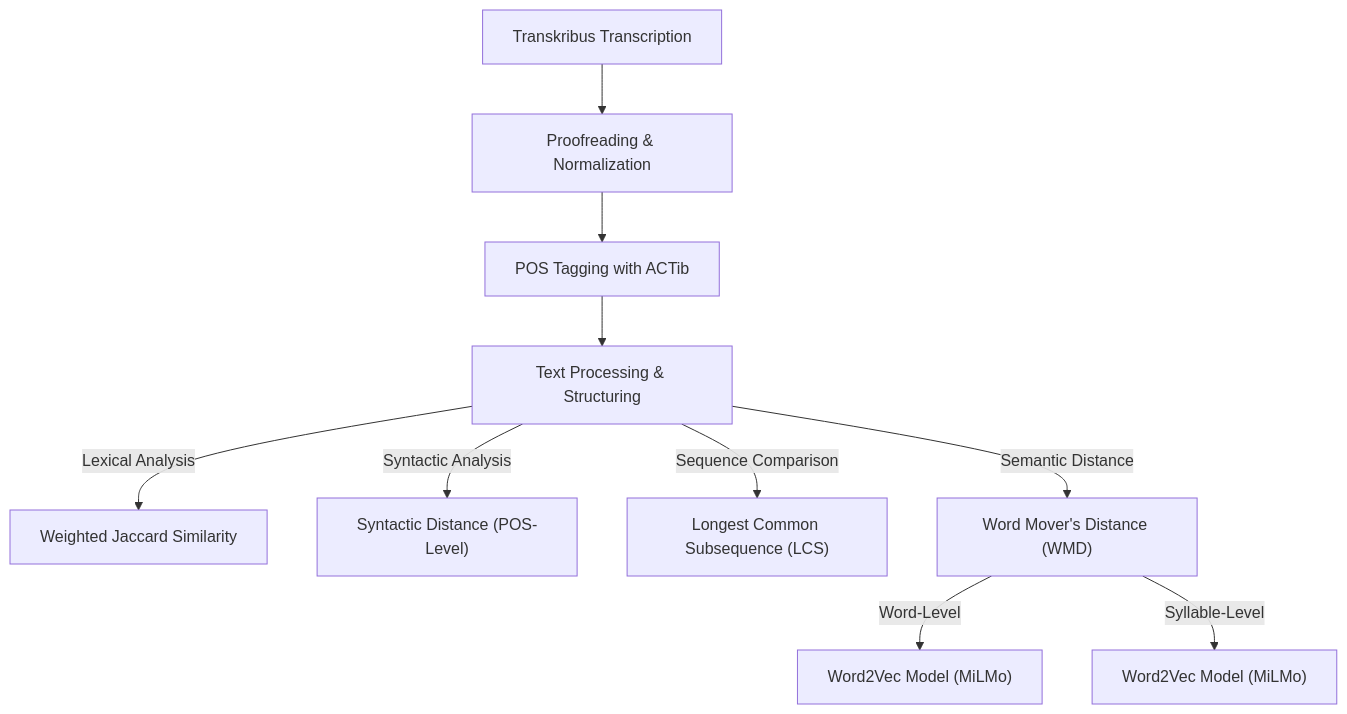
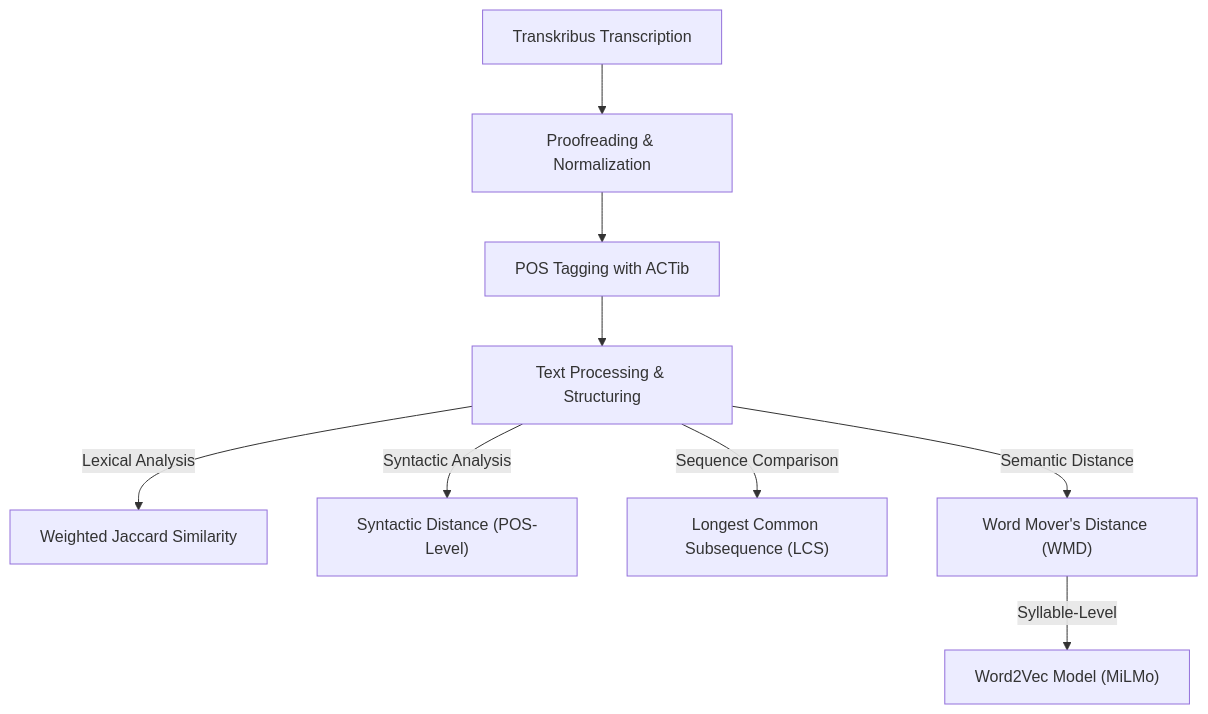
One commit to daniel-wojahn/zhal-lce changed the diagram in src/site/notes/Computational Analysis of Tibetan Legal Texts.md. Above: the diagram before and after it, drawn with Mermaid. The commit also changed other lines of this file, not shown here.

````diff
--- a/src/site/notes/Computational Analysis of Tibetan Legal Texts.md
+++ b/src/site/notes/Computational Analysis of Tibetan Legal Texts.md
@@ -75,21 +76,19 @@
 ```mermaid
 flowchart TD
 
 A["Transkribus Transcription"] --> B["Proofreading & Normalization"]
 
 B --> C["POS Tagging with ACTib"]
 
 C --> D["Text Processing & Structuring"]
 
 D -->|Lexical Analysis| E["Weighted Jaccard Similarity"]
 
 D -->|Syntactic Analysis| F["Syntactic Distance (POS-Level)"]
 
 D -->|Sequence Comparison| G["Longest Common Subsequence (LCS)"]
 
 D -->|Semantic Distance| H["Word Mover's Distance (WMD)"]
 
-H -->|Word-Level| I["Word2Vec Model (MiLMo)"]
-
 H -->|Syllable-Level| J["Word2Vec Model (MiLMo)"]
 ```
````
